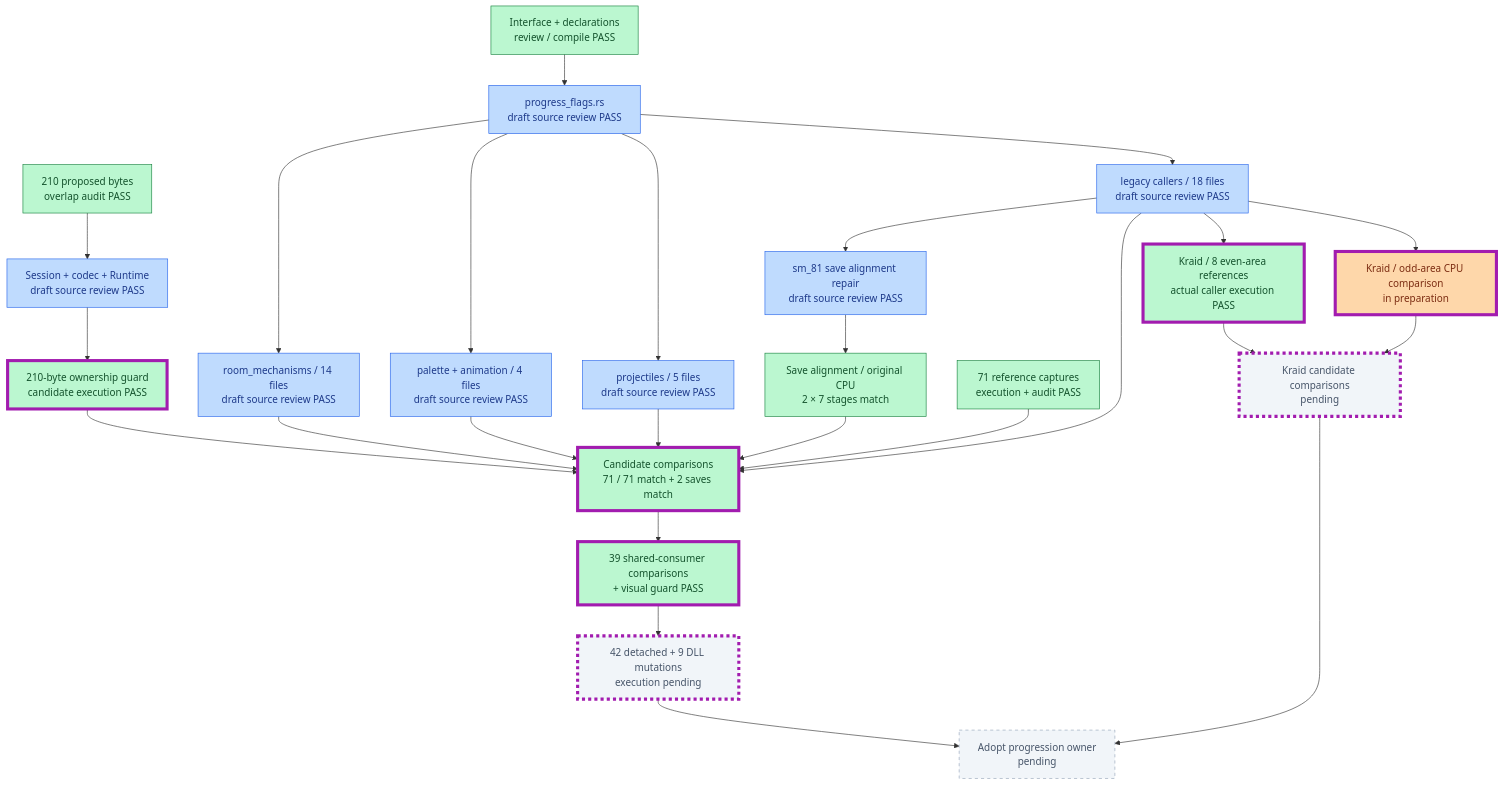
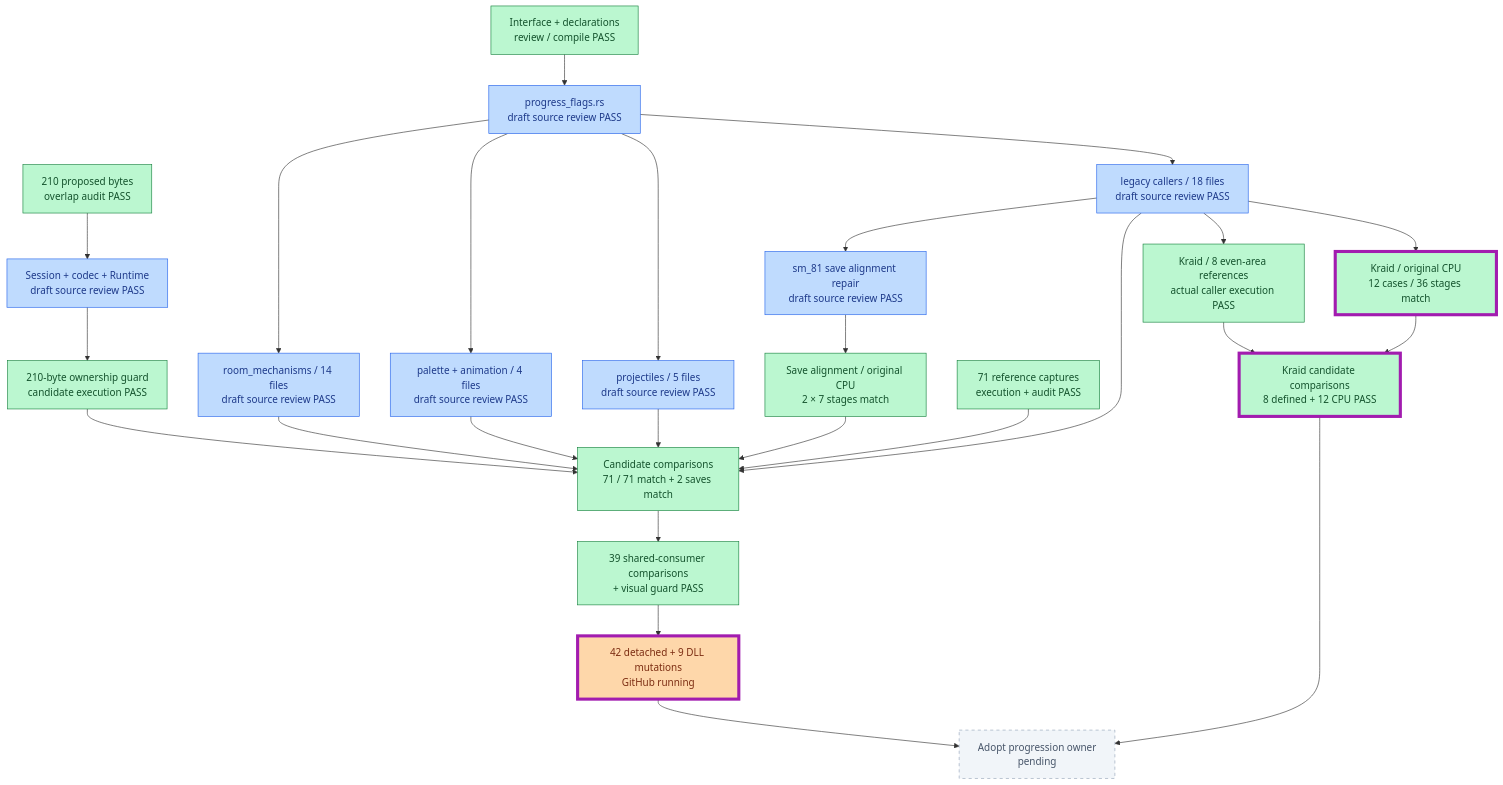
One commit to JimLundin/sm-decomp changed the second of 18 diagrams in PROGRESS.md. Above: the diagram before and after it, drawn with Mermaid. The commit also changed other lines of this file and 1 other file, not shown here.

Commit message:
Record CPU-qualified Kraid comparisons and running flags mutations [skip ci]
Static diff check and progress counters pass unchanged. Candidate887e7e4c passes 12 original CPU and 8 defined Kraid comparisons plus refreshed flags/save/shared checks; independent byte audit passes. Hosted40036842766 remains in progress; no adoption claim.

````diff
--- a/PROGRESS.md
+++ b/PROGRESS.md
@@ -26,35 +26,35 @@
 ```mermaid
 flowchart TB
     FCONTRACT["Interface + declarations<br/>review / compile PASS"]:::done
     FUNION["210 proposed bytes<br/>overlap audit PASS"]:::done
     FCONTRACT --> FCORE["progress_flags.rs<br/>draft source review PASS"]:::draft
     FUNION --> FCODEC["Session + codec + Runtime<br/>draft source review PASS"]:::draft
     FCORE --> FPLM["room_mechanisms / 14 files<br/>draft source review PASS"]:::draft
     FCORE --> FVIS["palette + animation / 4 files<br/>draft source review PASS"]:::draft
     FCORE --> FEPR["projectiles / 5 files<br/>draft source review PASS"]:::draft
     FCORE --> FLEG["legacy callers / 18 files<br/>draft source review PASS"]:::draft
     FLEG --> FSAVE["sm_81 save alignment repair<br/>draft source review PASS"]:::draft
     FSAVE --> FCPU["Save alignment / original CPU<br/>2 × 7 stages match"]:::done
     FCODEC --> FGUARD["210-byte ownership guard<br/>candidate execution PASS"]:::done
     FBASE["71 reference captures<br/>execution + audit PASS"]:::done --> FCHECK["Candidate comparisons<br/>71 / 71 match + 2 saves match"]:::done
     FPLM --> FCHECK
     FVIS --> FCHECK
     FEPR --> FCHECK
     FLEG --> FCHECK
     FCPU --> FCHECK
     FGUARD --> FCHECK
     FCHECK --> FSHARED["39 shared-consumer comparisons<br/>+ visual guard PASS"]:::done
     FLEG --> FKEVEN["Kraid / 8 even-area references<br/>actual caller execution PASS"]:::done
-    FLEG --> FKODD["Kraid / odd-area CPU comparison<br/>in preparation"]:::active
-    FSHARED --> FMUT["42 detached + 9 DLL mutations<br/>execution pending"]:::pending
-    FKEVEN --> FKCOMPARE["Kraid candidate comparisons<br/>pending"]:::pending
+    FLEG --> FKODD["Kraid / original CPU<br/>12 cases / 36 stages match"]:::done
+    FSHARED --> FMUT["42 detached + 9 DLL mutations<br/>GitHub running"]:::active
+    FKEVEN --> FKCOMPARE["Kraid candidate comparisons<br/>8 defined + 12 CPU PASS"]:::done
     FKODD --> FKCOMPARE
     FKCOMPARE --> FADOPT
     FMUT --> FADOPT["Adopt progression owner<br/>pending"]:::pending
-    class FGUARD,FCHECK,FSHARED,FKEVEN,FKODD,FKCOMPARE,FMUT changed
+    class FKODD,FKCOMPARE,FMUT changed
     classDef done fill:#bbf7d0,stroke:#15803d,color:#14532d
     classDef draft fill:#bfdbfe,stroke:#2563eb,color:#1e3a8a
     classDef active fill:#fed7aa,stroke:#ea580c,color:#7c2d12
     classDef pending fill:#f1f5f9,stroke:#94a3b8,color:#475569,stroke-dasharray:5 5
     classDef changed stroke:#a21caf,stroke-width:5px
 ```
````
